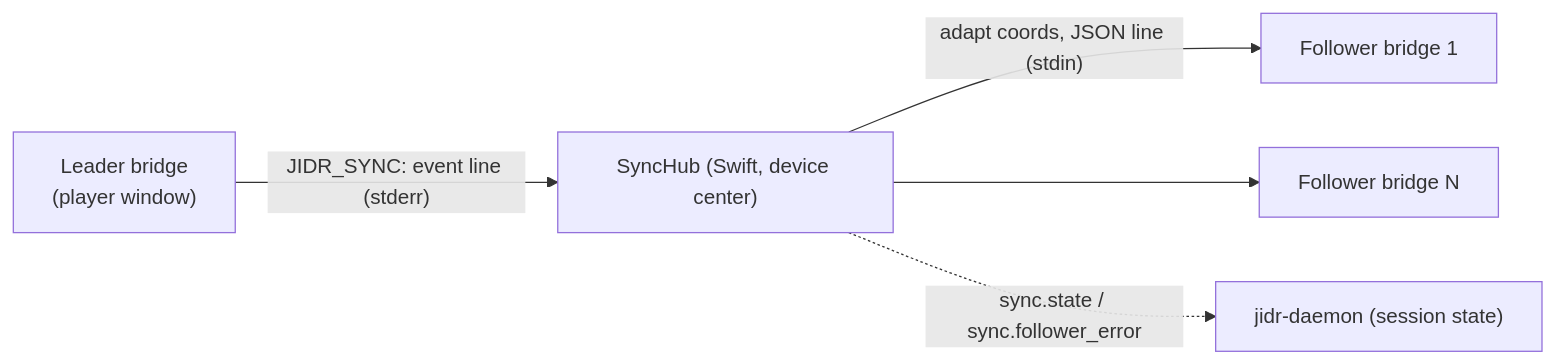
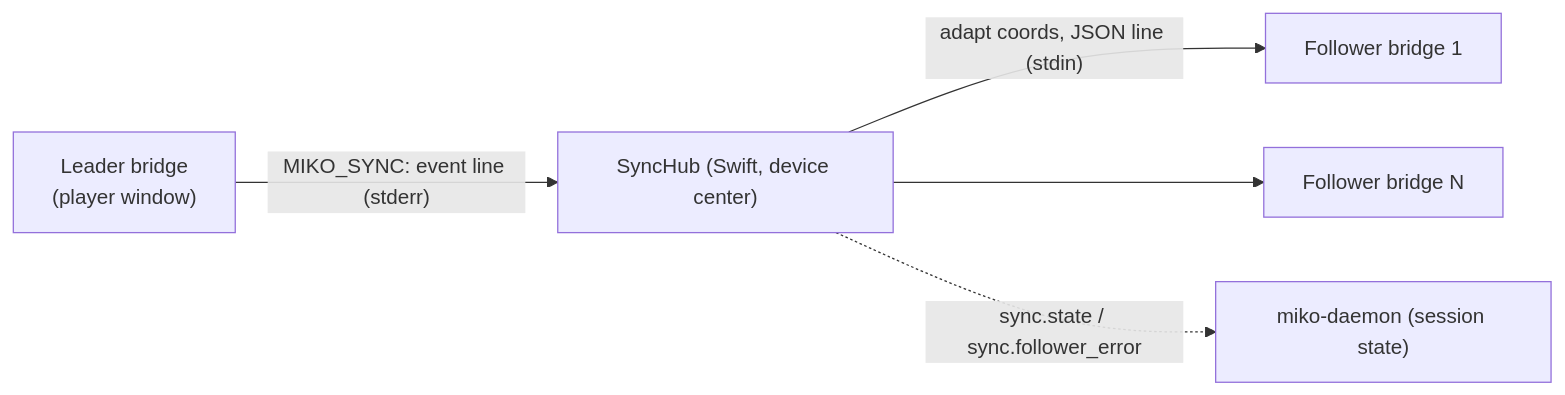
One commit to hbdzh/JIdr-plus changed the diagram in docs/design/sync-plan.md. Above: the diagram before and after it, drawn with Mermaid. The commit also changed other lines of this file and 934 other files, not shown here.

````diff
--- a/docs/design/sync-plan.md
+++ b/docs/design/sync-plan.md
@@ -32,7 +32,7 @@
 ```mermaid
 flowchart LR
-  L["Leader bridge<br/>(player window)"] -- "JIDR_SYNC: event line (stderr)" --> H["SyncHub (Swift, device center)"]
+  L["Leader bridge<br/>(player window)"] -- "MIKO_SYNC: event line (stderr)" --> H["SyncHub (Swift, device center)"]
   H -- "adapt coords, JSON line (stdin)" --> F1["Follower bridge 1"]
   H --> F2["Follower bridge N"]
-  H -. "sync.state / sync.follower_error" .-> D["jidr-daemon (session state)"]
+  H -. "sync.state / sync.follower_error" .-> D["miko-daemon (session state)"]
 ```
````
